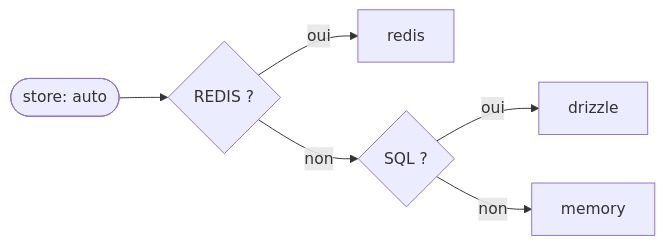
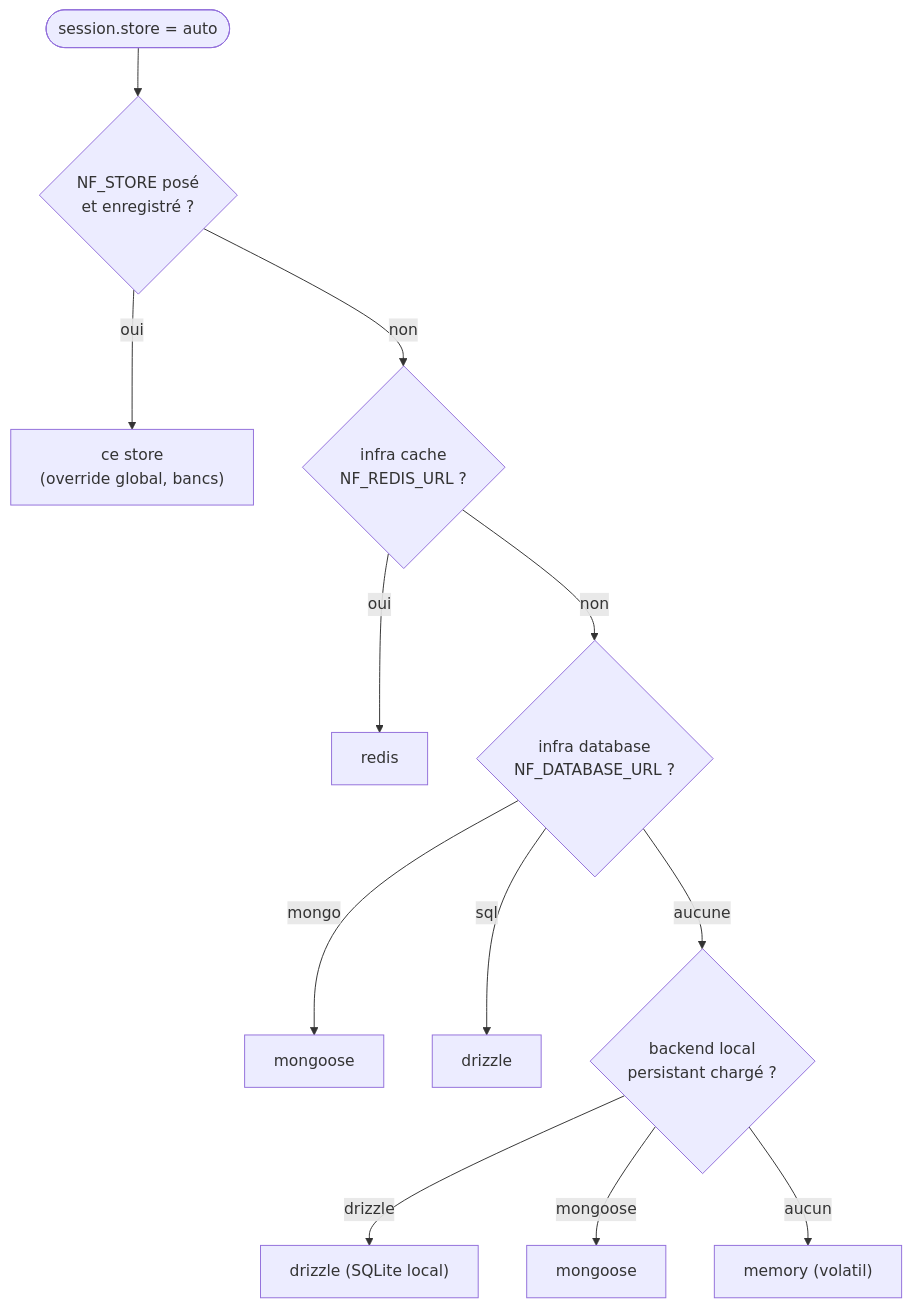
The second of 3 diagrams in src/packages/@nodefony/http/docs/session.md (nodefony/nodefony-core), drawn with Mermaid before and after one commit. The commit also changed other lines of this file and 8 other files, not shown here.

````diff
--- a/src/packages/@nodefony/http/docs/session.md
+++ b/src/packages/@nodefony/http/docs/session.md
@@ -151,8 +314,14 @@
 ```mermaid
-flowchart LR
-  A(["store: auto"]) --> R{"REDIS ?"}
-  R -->|oui| RE["redis"]
-  R -->|non| D{"SQL ?"}
-  D -->|oui| DZ["drizzle"]
-  D -->|non| ME["memory"]
+flowchart TD
+  A(["session.store = auto"]) --> F{"NF_STORE posé<br/>et enregistré ?"}
+  F -->|oui| FO["ce store<br/>(override global, bancs)"]
+  F -->|non| C{"infra cache<br/>NF_REDIS_URL ?"}
+  C -->|oui| RE["redis"]
+  C -->|non| D{"infra database<br/>NF_DATABASE_URL ?"}
+  D -->|mongo| MO["mongoose"]
+  D -->|sql| DZ["drizzle"]
+  D -->|aucune| L{"backend local<br/>persistant chargé ?"}
+  L -->|drizzle| SQ["drizzle (SQLite local)"]
+  L -->|mongoose| MG["mongoose"]
+  L -->|aucun| ME["memory (volatil)"]
 ```
````
